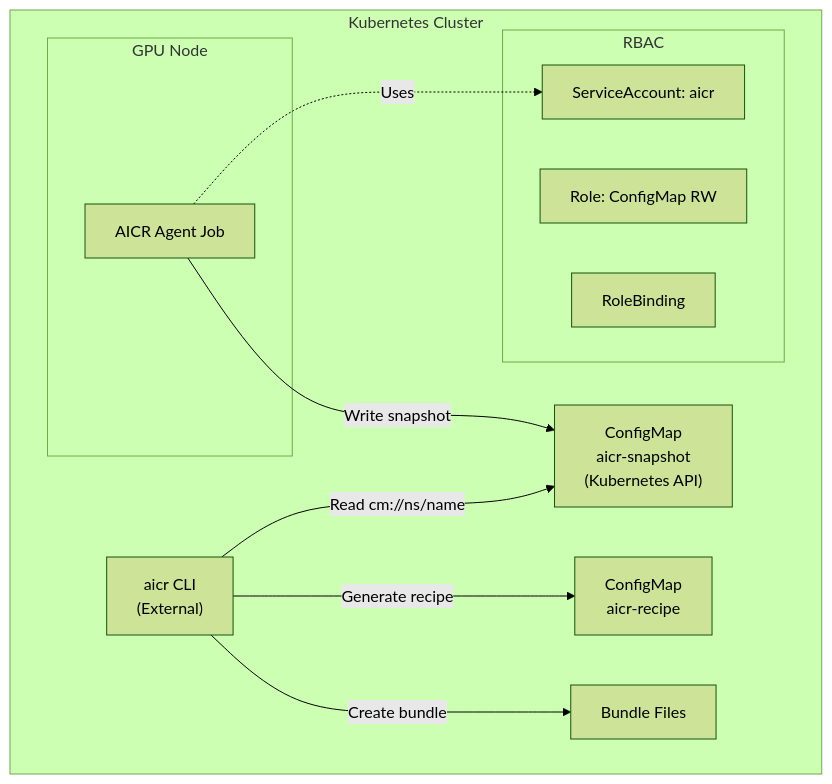
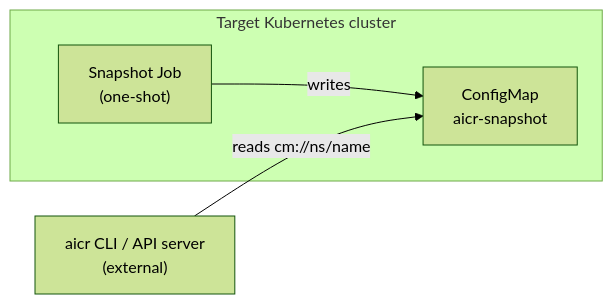
The diagram in docs/contributor/index.md (richardokonicha/aicr), drawn with Mermaid (forest theme) before and after one commit. The commit also changed other lines of this file and 4 other files, not shown here.

Commit message:
chore: architecture docs

````diff
--- a/docs/contributor/index.md
+++ b/docs/contributor/index.md
@@ -315,24 +236,7 @@
 ```mermaid
-flowchart TD
-    subgraph K8S["Kubernetes Cluster"]
-        direction LR
-        
-        subgraph NODE["GPU Node"]
-            JOB["AICR Agent Job"] 
-        end
-        
-        JOB -->|"Write snapshot"| CM["ConfigMap<br/>aicr-snapshot<br/>(Kubernetes API)"]
-        
-        CLI["aicr CLI<br/>(External)"] -->|"Read cm://ns/name"| CM
-        CLI -->|"Generate recipe"| RECIPE["ConfigMap<br/>aicr-recipe"]
-        CLI -->|"Create bundle"| BUNDLE["Bundle Files"]
-        
-        subgraph RBAC["RBAC"]
-            SA["ServiceAccount: aicr"]
-            ROLE["Role: ConfigMap RW"]
-            BIND["RoleBinding"]
-        end
-        
-        JOB -.->|"Uses"| SA
+flowchart LR
+    subgraph K8S["Target Kubernetes cluster"]
+        AGENT["Snapshot Job<br/>(one-shot)"] -->|writes| CM["ConfigMap<br/>aicr-snapshot"]
     end
+    CLI["aicr CLI / API server<br/>(external)"] -->|reads cm://ns/name| CM
 ```
````
